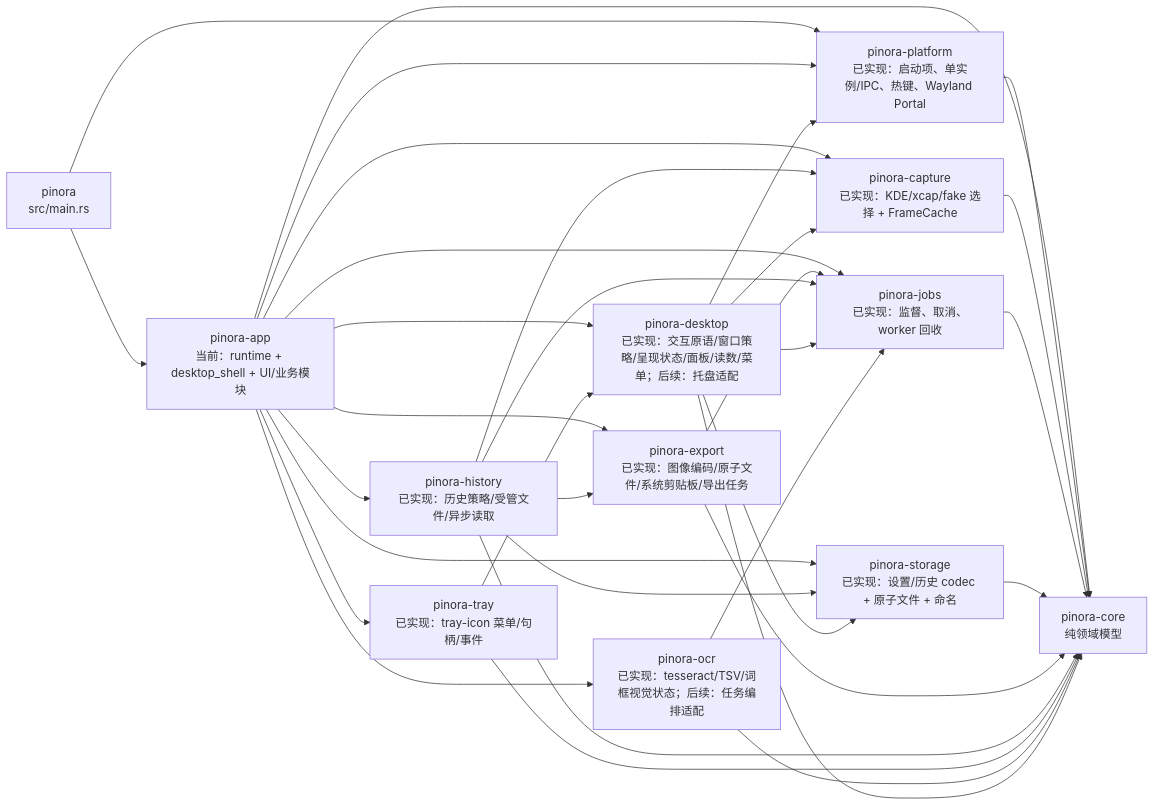
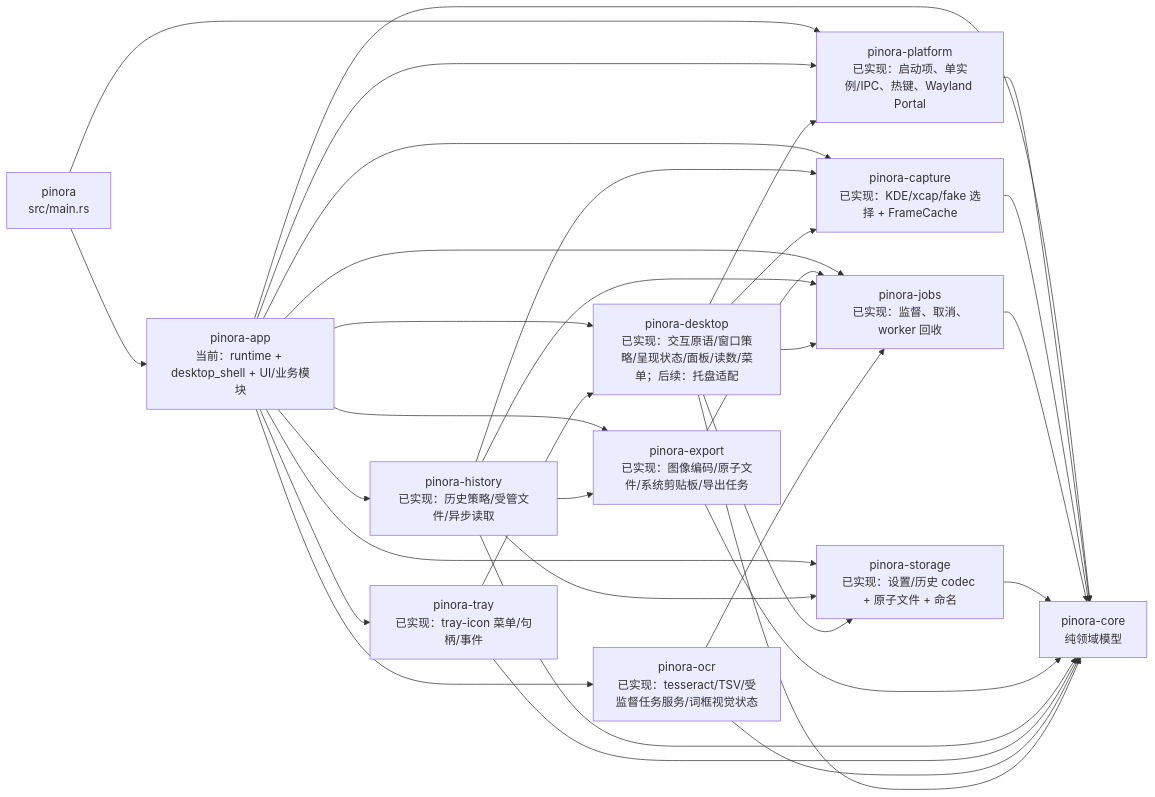
The third of 23 diagrams in docs/Pinora-开发设计文档.md (yhyzgn/pinora), drawn with Mermaid before and after one commit. The commit also changed other lines of this file and 10 other files, not shown here.

````diff
--- a/docs/Pinora-开发设计文档.md
+++ b/docs/Pinora-开发设计文档.md
@@ -236,36 +236,36 @@
 ```mermaid
 flowchart LR
     Main["pinora\nsrc/main.rs"] --> App["pinora-app\n当前：runtime + desktop_shell + UI/业务模块"]
     Main --> Platform["pinora-platform\n已实现：启动项、单实例/IPC、热键、Wayland Portal"]
     App --> Platform
     App --> Core["pinora-core\n纯领域模型"]
     Platform --> Core
 
     App --> CaptureNow["pinora-capture\n已实现：KDE/xcap/fake 选择 + FrameCache"]
     CaptureNow --> Core
     App --> JobsNow["pinora-jobs\n已实现：监督、取消、worker 回收"]
     JobsNow --> Core
     App --> StorageNow["pinora-storage\n已实现：设置/历史 codec + 原子文件 + 命名"]
     StorageNow --> Core
     App --> Desktop["pinora-desktop\n已实现：交互原语/窗口策略/呈现状态/面板/读数/菜单；后续：托盘适配"]
     App --> ExportNow["pinora-export\n已实现：图像编码/原子文件/系统剪贴板/导出任务"]
     ExportNow --> Core
     ExportNow --> JobsNow
     App --> HistoryNow["pinora-history\n已实现：历史策略/受管文件/异步读取"]
     HistoryNow --> Core
     HistoryNow --> StorageNow
     HistoryNow --> CaptureNow
     HistoryNow --> JobsNow
     HistoryNow --> ExportNow
     App --> TrayNow["pinora-tray\n已实现：tray-icon 菜单/句柄/事件"]
     TrayNow --> Core
     TrayNow --> Desktop
-    App --> Ocr["pinora-ocr\n已实现：tesseract/TSV/词框视觉状态；后续：任务编排适配"]
+    App --> Ocr["pinora-ocr\n已实现：tesseract/TSV/受监督任务服务/词框视觉状态"]
     Ocr --> Core
     Desktop --> Core
     Desktop --> Platform
     Desktop --> CaptureNow
     Desktop --> JobsNow
     Desktop --> StorageNow
     Ocr --> JobsNow
 ```
````
